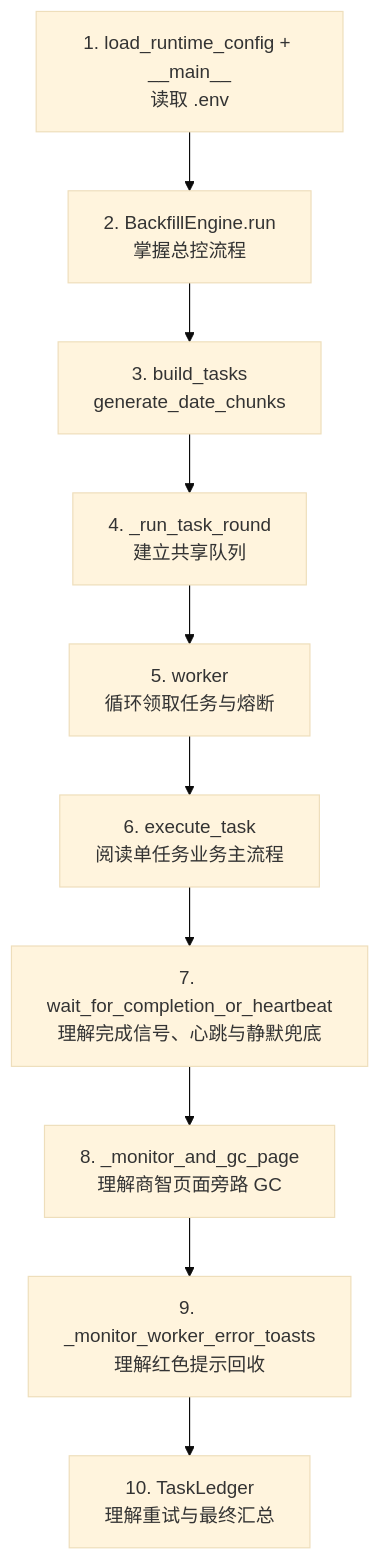
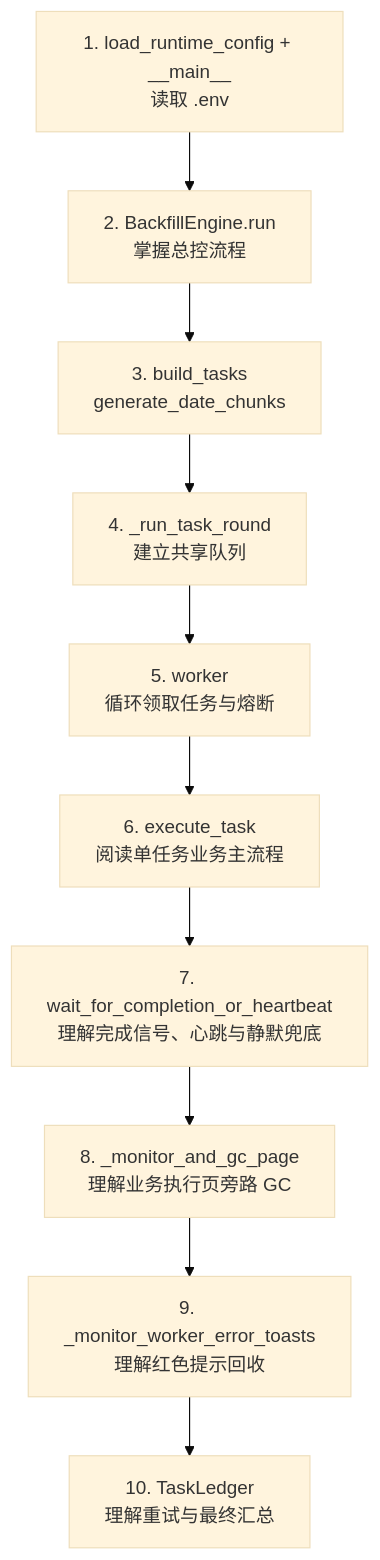
The third of 15 diagrams in ARCHITECTURE.md (liao084/BitBrowser-Backfill-Engine), drawn with Mermaid (base theme) before and after one commit. The commit also changed other lines of this file and 14 other files, not shown here.

````diff
--- a/ARCHITECTURE.md
+++ b/ARCHITECTURE.md
@@ -129,12 +129,12 @@
 ```mermaid
 flowchart TD
     A["1. load_runtime_config + __main__<br/>读取 .env"] --> B["2. BackfillEngine.run<br/>掌握总控流程"]
     B --> C["3. build_tasks<br/>generate_date_chunks"]
     C --> D["4. _run_task_round<br/>建立共享队列"]
     D --> E["5. worker<br/>循环领取任务与熔断"]
     E --> F["6. execute_task<br/>阅读单任务业务主流程"]
     F --> G["7. wait_for_completion_or_heartbeat<br/>理解完成信号、心跳与静默兜底"]
-    G --> H["8. _monitor_and_gc_page<br/>理解商智页面旁路 GC"]
+    G --> H["8. _monitor_and_gc_page<br/>理解业务执行页旁路 GC"]
     H --> I["9. _monitor_worker_error_toasts<br/>理解红色提示回收"]
     I --> J["10. TaskLedger<br/>理解重试与最终汇总"]
 ```
````
